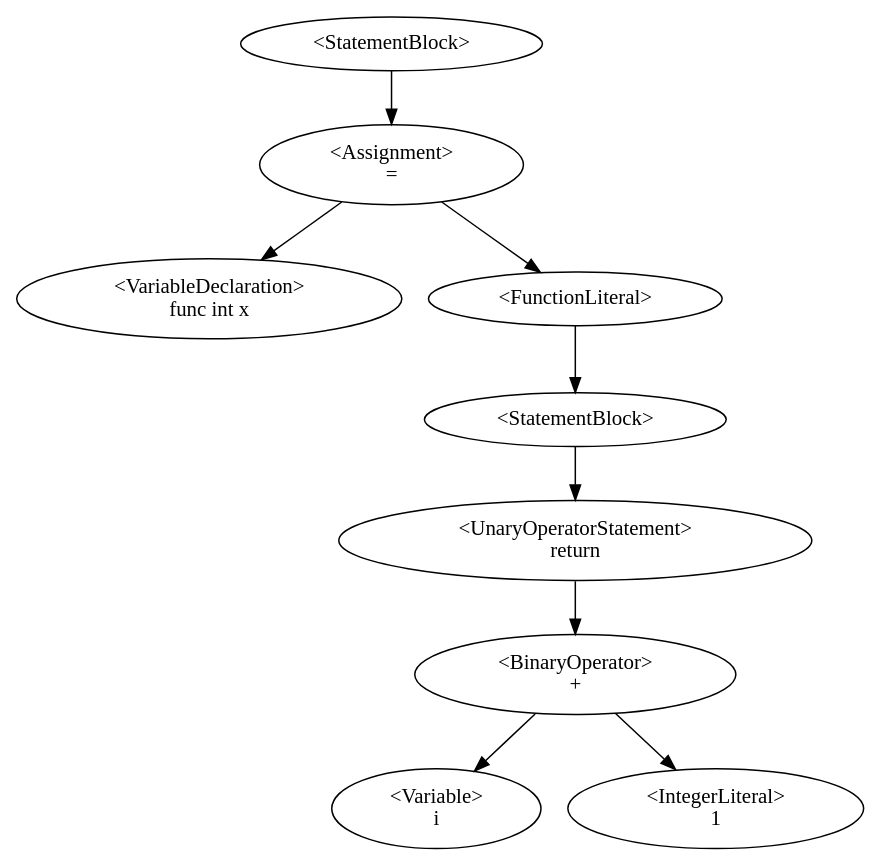
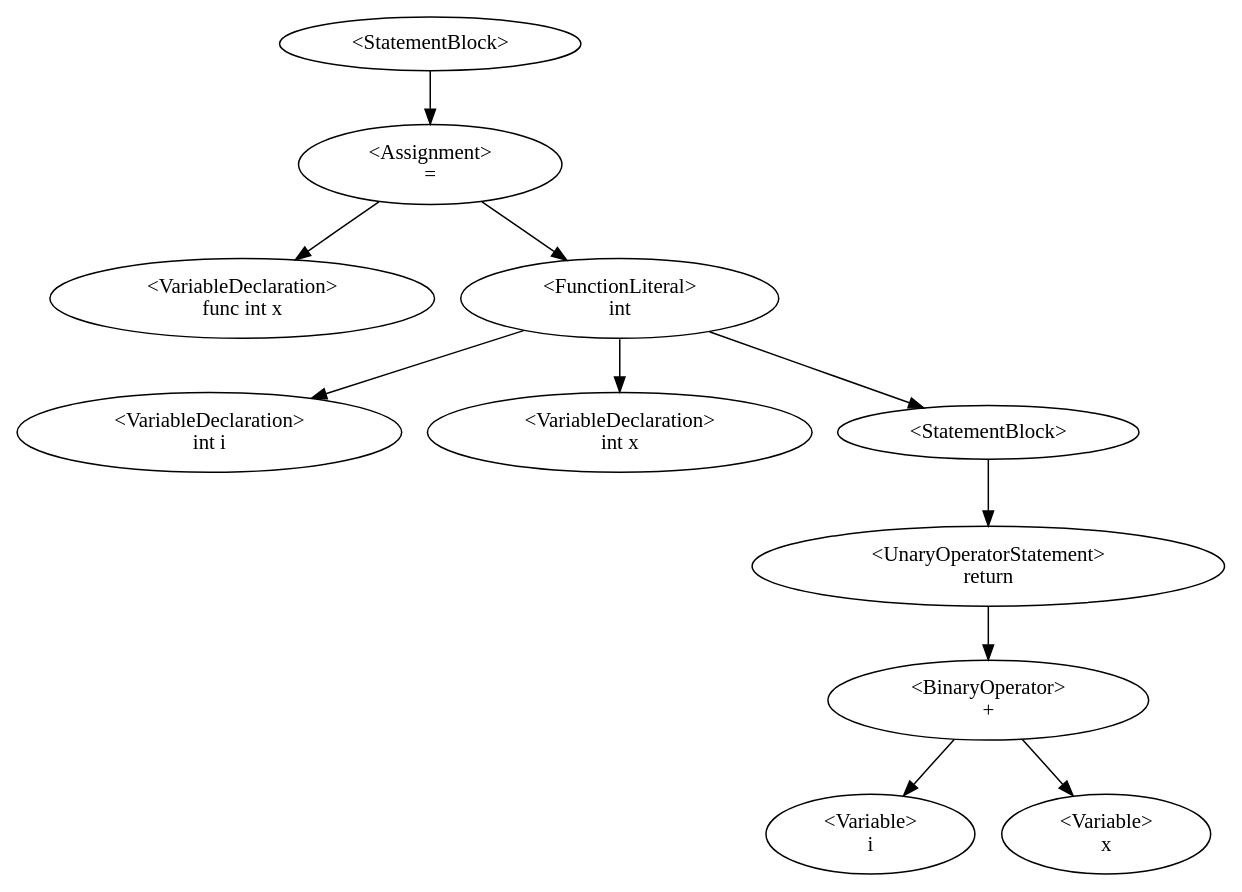
The diagram in Dino/Dino/AstDisplay.gv (QazmoQwerty/dino), drawn with Graphviz before and after one commit. The commit also changed 5 other files, not shown here.

```diff
--- a/Dino/Dino/AstDisplay.gv
+++ b/Dino/Dino/AstDisplay.gv
@@ -1,11 +1,14 @@
 digraph G {
 0 [label="<StatementBlock>"];0->2;
-2 [label="<Assignment>\n="];2->1;2->4;
+2 [label="<Assignment>\n="];2->1;2->6;
 1 [label="<VariableDeclaration>\nfunc int x"];
-4 [label="<FunctionLiteral>"];4->5;
-5 [label="<StatementBlock>"];5->6;
-6 [label="<UnaryOperatorStatement>\nreturn"];6->8;
-8 [label="<BinaryOperator>\n+"];8->7;8->9;
-7 [label="<Variable>\ni"];
-9 [label="<IntegerLiteral>\n1"];
+6 [label="<FunctionLiteral>
+int"];6->3;6->5;6->7;
+3 [label="<VariableDeclaration>\nint i"];
+5 [label="<VariableDeclaration>\nint x"];
+7 [label="<StatementBlock>"];7->8;
+8 [label="<UnaryOperatorStatement>\nreturn"];8->10;
+10 [label="<BinaryOperator>\n+"];10->9;10->11;
+9 [label="<Variable>\ni"];
+11 [label="<Variable>\nx"];
 }
```
